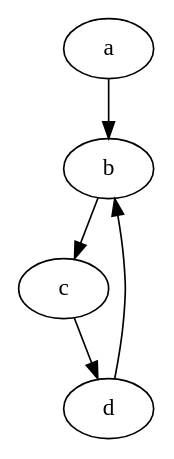
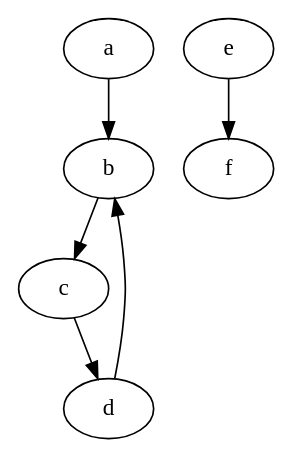
Before and after one commit to divyavijayakumar72/Data-Structure-BFS-DFS-GraphManipulations: the diagram in output.dot, drawn with Graphviz. The commit also changed 28 other files, not shown here.

```diff
--- a/output.dot
+++ b/output.dot
@@ -1,6 +1,7 @@
 digraph {
 "a" -> "b"
 "b" -> "c"
 "c" -> "d"
 "d" -> "b"
+"e" -> "f"
 }
```
